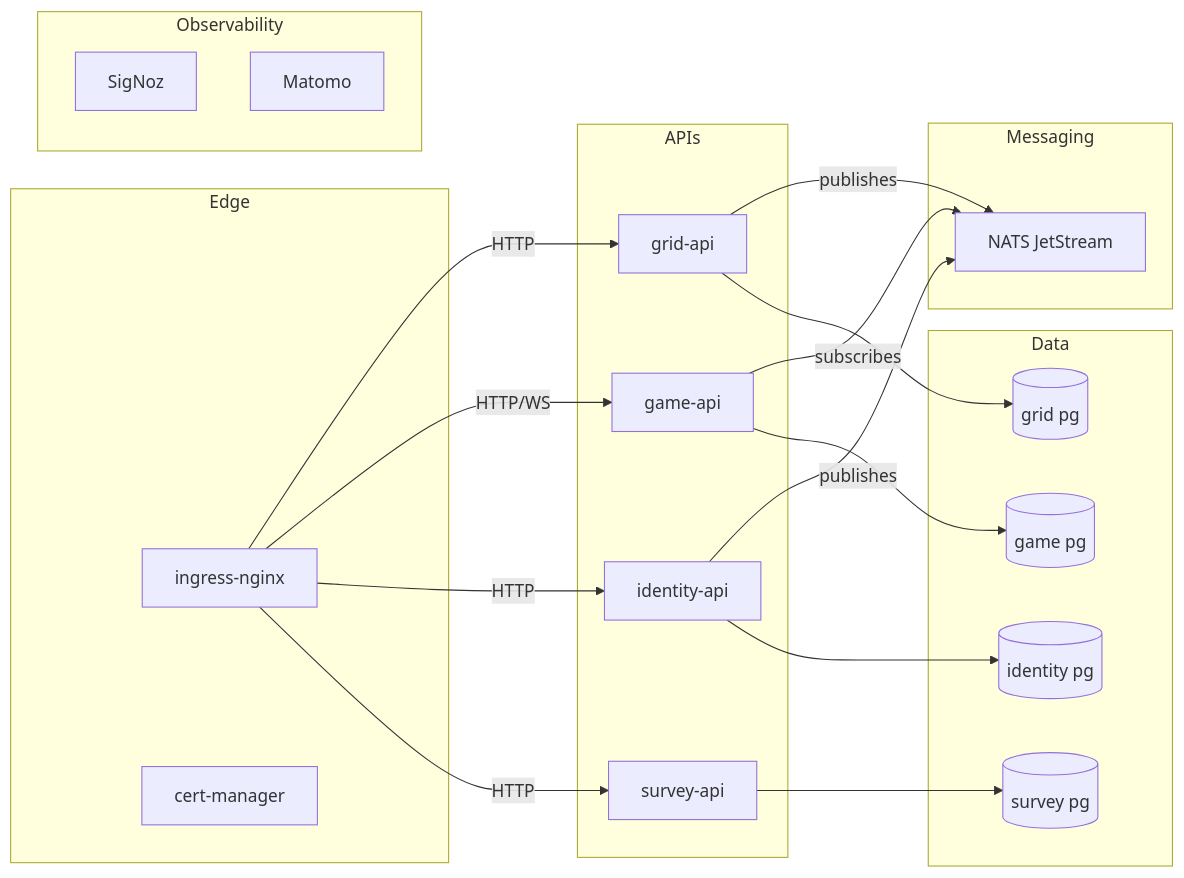
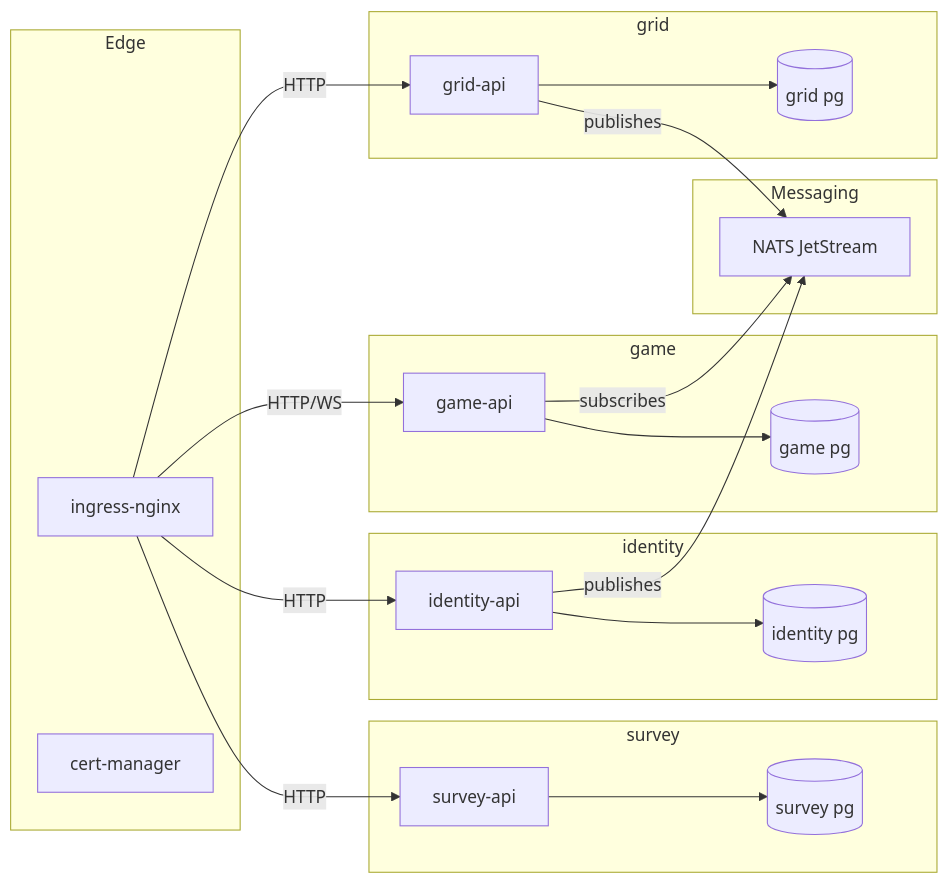
One commit to Ishou/wordsparrow changed the first of 5 diagrams in README.md. Above: the diagram before and after it, drawn with Mermaid. The commit also changed 2 other files, not shown here.

Commit message:
refactor(infra-diagrams): reorganize cluster diagram by bounded context
Each bounded context is now its own subgraph holding its api + Postgres, so a
module reads at a glance and the api->pg edge stays inside the box instead of
crossing the diagram. Shared infra (ingress/cert-manager, NATS bus) stays
grouped; the observability backend is dropped since the dedicated observability
diagram owns it.

````diff
--- a/README.md
+++ b/README.md
@@ -60,37 +60,37 @@
 ```mermaid
 flowchart LR
   subgraph Edge
     ingress["ingress-nginx"]
     certmanager["cert-manager"]
   end
-  subgraph APIs
-    grid["grid-api"]
-    game["game-api"]
-    identity["identity-api"]
-    survey["survey-api"]
-  end
   subgraph Messaging
     nats["NATS JetStream"]
   end
-  subgraph Observability
-    signoz["SigNoz"]
-    matomo["Matomo"]
+  subgraph ctx_grid["grid"]
+    grid["grid-api"]
+    gridDB[("grid pg")]
+    grid --> gridDB
   end
-  subgraph Data
-    gridDB[("grid pg")]
+  subgraph ctx_game["game"]
+    game["game-api"]
     gameDB[("game pg")]
+    game --> gameDB
+  end
+  subgraph ctx_identity["identity"]
+    identity["identity-api"]
     identityDB[("identity pg")]
+    identity --> identityDB
+  end
+  subgraph ctx_survey["survey"]
+    survey["survey-api"]
     surveyDB[("survey pg")]
+    survey --> surveyDB
   end
   ingress -->|HTTP| grid
   ingress -->|HTTP/WS| game
   ingress -->|HTTP| identity
   ingress -->|HTTP| survey
   grid -->|publishes| nats
   identity -->|publishes| nats
   game -->|subscribes| nats
-  grid --> gridDB
-  game --> gameDB
-  identity --> identityDB
-  survey --> surveyDB
 ```
````
